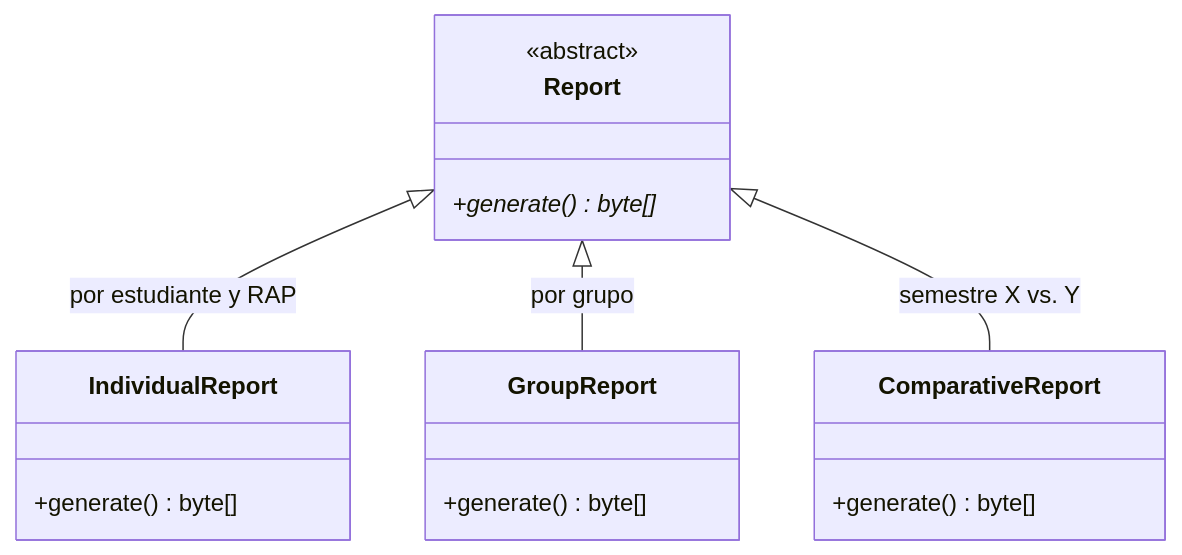
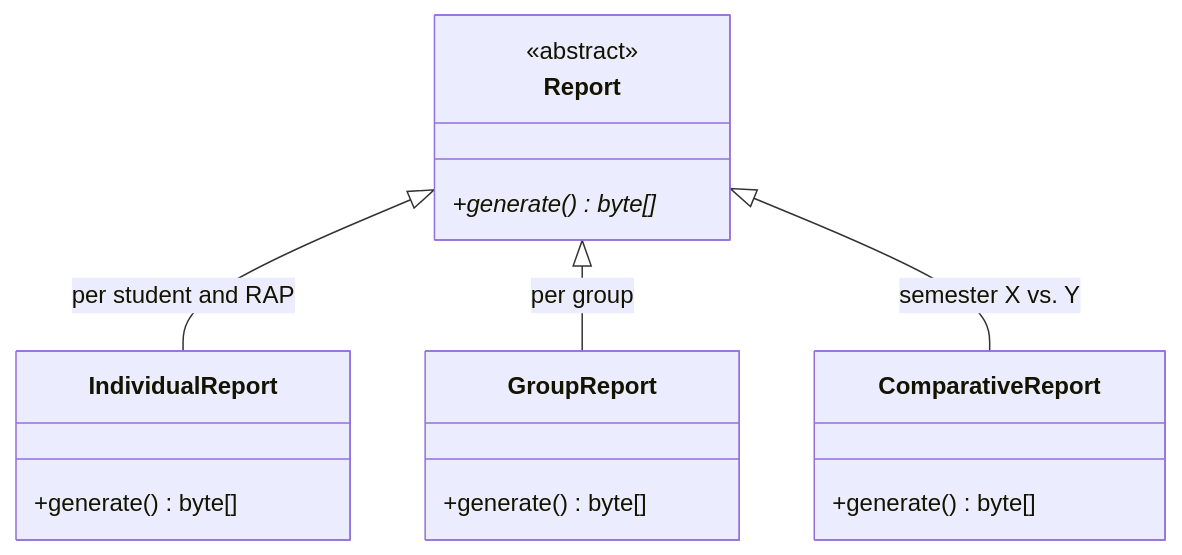
One commit to Oskarsito7/SIERAP changed the second of 6 diagrams in docs/diagramas/diagrama_jerarquias.md. Above: the diagram before and after it, drawn with Mermaid. The commit also changed other lines of this file and 10 other files, not shown here.

````diff
--- a/docs/diagramas/diagrama_jerarquias.md
+++ b/docs/diagramas/diagrama_jerarquias.md
@@ -63,20 +61,20 @@
 ```mermaid
 classDiagram
 direction BT
 class Report {
   <<abstract>>
   +generate()* byte[]
 }
 class IndividualReport {
   +generate() byte[]
 }
 class GroupReport {
   +generate() byte[]
 }
 class ComparativeReport {
   +generate() byte[]
 }
-IndividualReport --|> Report : por estudiante y RAP
-GroupReport --|> Report : por grupo
-ComparativeReport --|> Report : semestre X vs. Y
+IndividualReport --|> Report : per student and RAP
+GroupReport --|> Report : per group
+ComparativeReport --|> Report : semester X vs. Y
 ```
````
